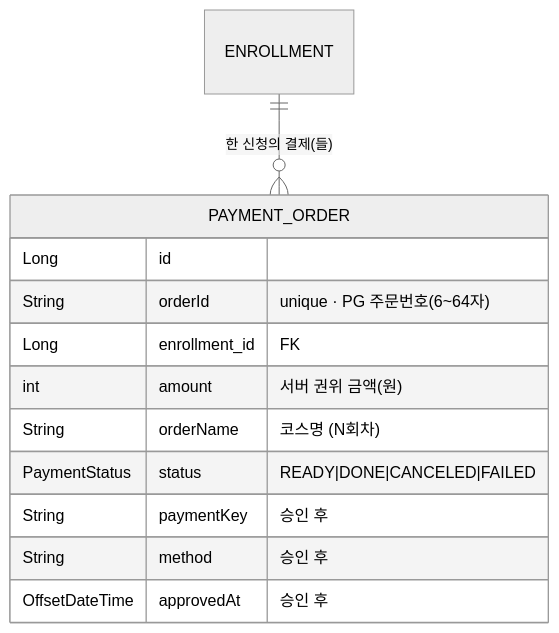
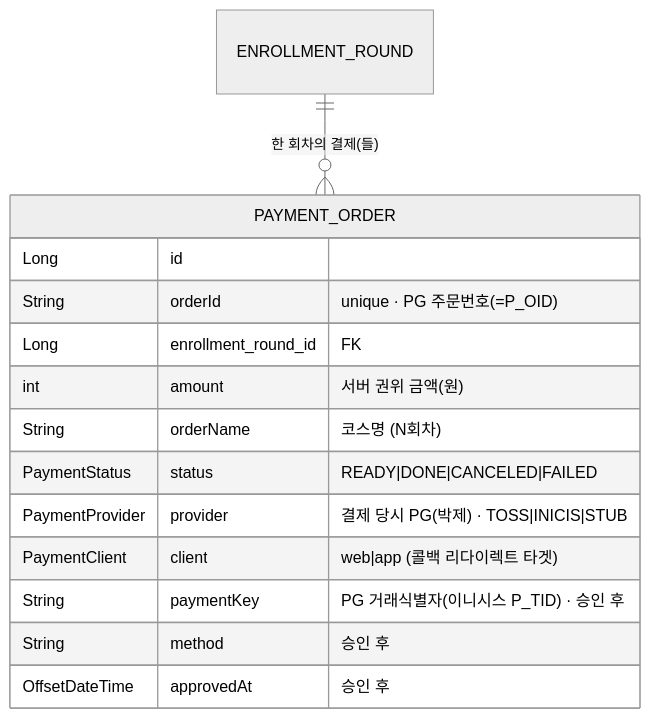
One commit to pungdong/Pungdong-Backend changed the third of 3 diagrams in docs/architecture/payment.md. Above: the diagram before and after it, drawn with Mermaid (neutral theme). The commit also changed other lines of this file and 4 other files, not shown here.

````diff
--- a/docs/architecture/payment.md
+++ b/docs/architecture/payment.md
@@ -69,15 +72,17 @@
 ```mermaid
 erDiagram
-    ENROLLMENT ||--o{ PAYMENT_ORDER : "한 신청의 결제(들)"
+    ENROLLMENT_ROUND ||--o{ PAYMENT_ORDER : "한 회차의 결제(들)"
     PAYMENT_ORDER {
         Long id
-        String orderId "unique · PG 주문번호(6~64자)"
-        Long enrollment_id "FK"
+        String orderId "unique · PG 주문번호(=P_OID)"
+        Long enrollment_round_id "FK"
         int amount "서버 권위 금액(원)"
         String orderName "코스명 (N회차)"
         PaymentStatus status "READY|DONE|CANCELED|FAILED"
-        String paymentKey "승인 후"
+        PaymentProvider provider "결제 당시 PG(박제) · TOSS|INICIS|STUB"
+        PaymentClient client "web|app (콜백 리다이렉트 타겟)"
+        String paymentKey "PG 거래식별자(이니시스 P_TID) · 승인 후"
         String method "승인 후"
         OffsetDateTime approvedAt "승인 후"
     }
 ```
````
